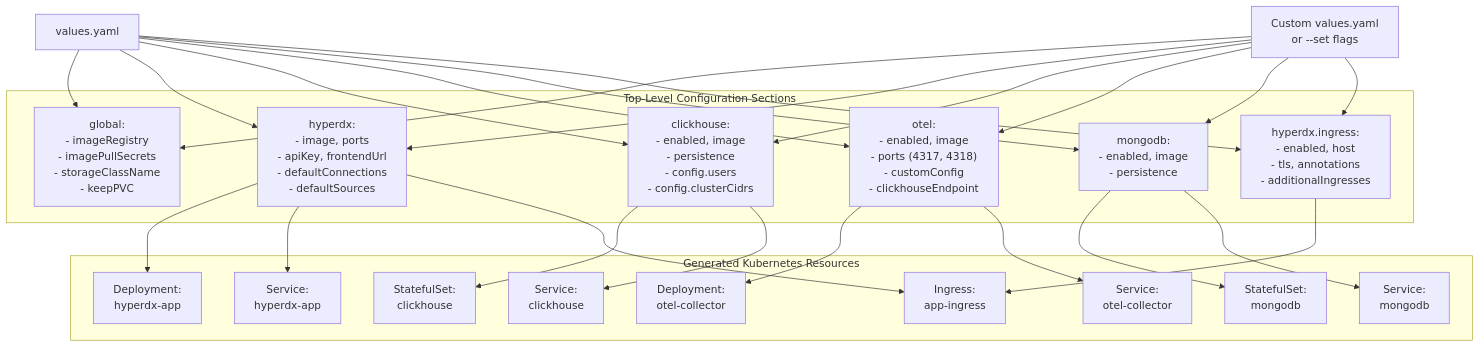
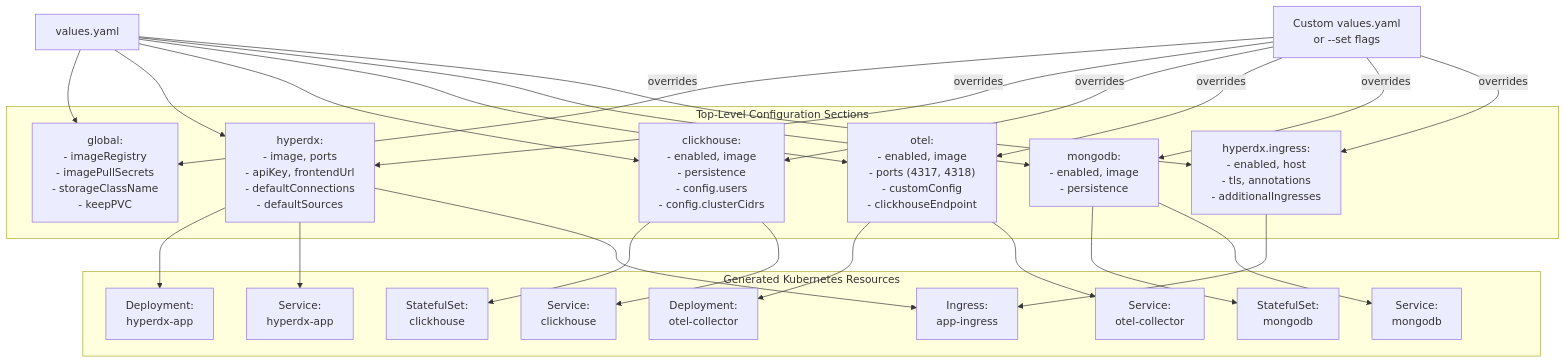
One commit to openchoreo/openchoreo changed the second of 4 diagrams in docs/hyperdxio-helm-charts-docs/Getting-Started.md. Above: the diagram before and after it, drawn with Mermaid. The commit also changed 85 other files, not shown here.

Commit message:
feat: Add new workflow and specification templates, update Helm chart dependencies, and clarify documentation diagrams.

````diff
--- a/docs/hyperdxio-helm-charts-docs/Getting-Started.md
+++ b/docs/hyperdxio-helm-charts-docs/Getting-Started.md
@@ -109,65 +109,65 @@
 ```mermaid
 flowchart TD
 
 ValuesYAML["values.yaml"]
 UserValues["Custom values.yaml<br>or --set flags"]
 GlobalConfig["global:<br>- imageRegistry<br>- imagePullSecrets<br>- storageClassName<br>- keepPVC"]
 HyperDXConfig["hyperdx:<br>- image, ports<br>- apiKey, frontendUrl<br>- defaultConnections<br>- defaultSources"]
 ClickHouseConfig["clickhouse:<br>- enabled, image<br>- persistence<br>- config.users<br>- config.clusterCidrs"]
 OTELConfig["otel:<br>- enabled, image<br>- ports (4317, 4318)<br>- customConfig<br>- clickhouseEndpoint"]
 MongoDBConfig["mongodb:<br>- enabled, image<br>- persistence"]
 IngressConfig["hyperdx.ingress:<br>- enabled, host<br>- tls, annotations<br>- additionalIngresses"]
 AppDeployment["Deployment:<br>hyperdx-app"]
 AppService["Service:<br>hyperdx-app"]
 CHDeployment["StatefulSet:<br>clickhouse"]
 CHService["Service:<br>clickhouse"]
 OTELDeployment["Deployment:<br>otel-collector"]
 OTELService["Service:<br>otel-collector"]
 MongoDeployment["StatefulSet:<br>mongodb"]
 MongoService["Service:<br>mongodb"]
 IngressResource["Ingress:<br>app-ingress"]
 
 ValuesYAML --> GlobalConfig
 ValuesYAML --> HyperDXConfig
 ValuesYAML --> ClickHouseConfig
 ValuesYAML --> OTELConfig
 ValuesYAML --> MongoDBConfig
 ValuesYAML --> IngressConfig
-UserValues --> GlobalConfig
-UserValues --> HyperDXConfig
-UserValues --> ClickHouseConfig
-UserValues --> OTELConfig
-UserValues --> MongoDBConfig
-UserValues --> IngressConfig
+UserValues -->|"overrides"| GlobalConfig
+UserValues -->|"overrides"| HyperDXConfig
+UserValues -->|"overrides"| ClickHouseConfig
+UserValues -->|"overrides"| OTELConfig
+UserValues -->|"overrides"| MongoDBConfig
+UserValues -->|"overrides"| IngressConfig
 HyperDXConfig --> AppDeployment
 HyperDXConfig --> AppService
 HyperDXConfig --> IngressResource
 ClickHouseConfig --> CHDeployment
 ClickHouseConfig --> CHService
 OTELConfig --> OTELDeployment
 OTELConfig --> OTELService
 MongoDBConfig --> MongoDeployment
 MongoDBConfig --> MongoService
 IngressConfig --> IngressResource
 
 subgraph subGraph1 ["Generated Kubernetes Resources"]
     AppDeployment
     AppService
     CHDeployment
     CHService
     OTELDeployment
     OTELService
     MongoDeployment
     MongoService
     IngressResource
 end
 
 subgraph subGraph0 ["Top-Level Configuration Sections"]
     GlobalConfig
     HyperDXConfig
     ClickHouseConfig
     OTELConfig
     MongoDBConfig
     IngressConfig
 end
 ```
````
